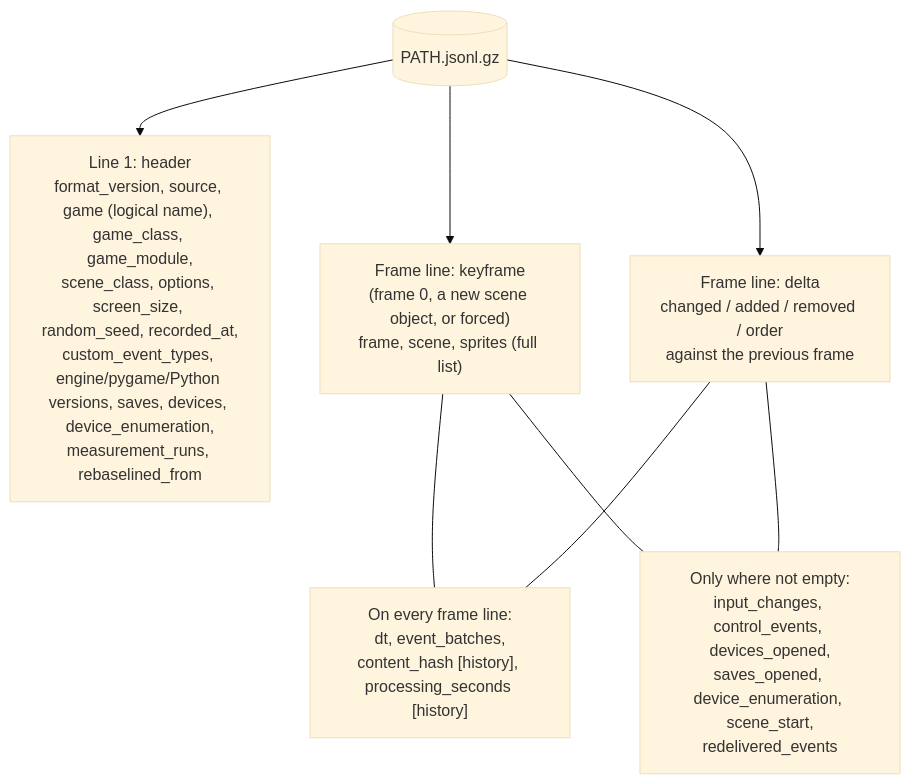
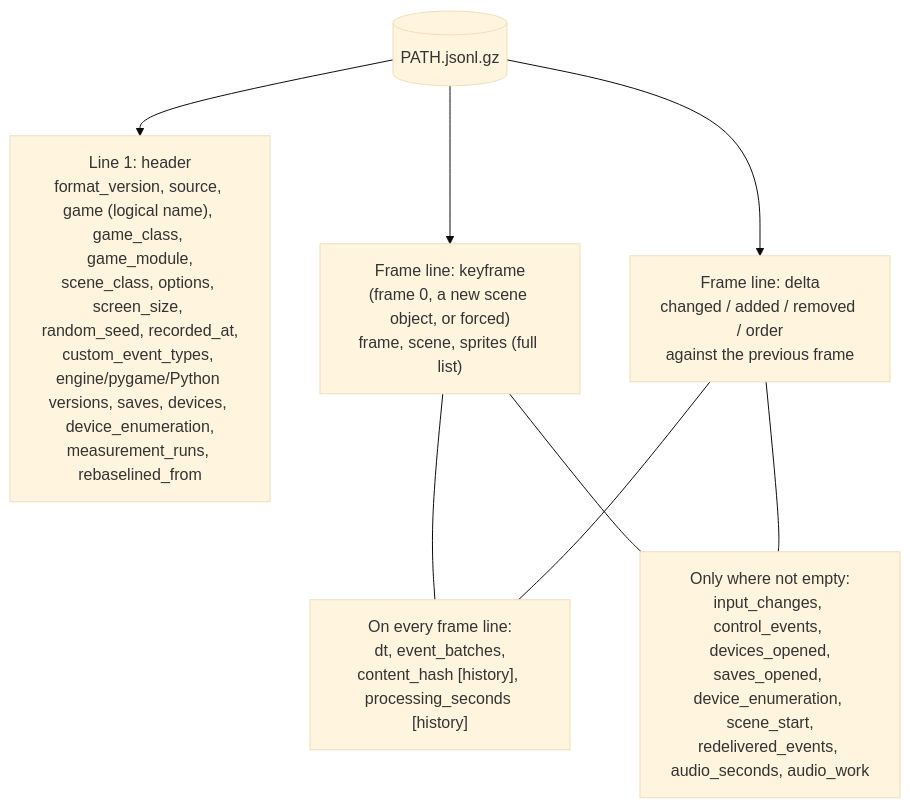
Before and after one commit to terrysimons/glitchygames: the first of 2 diagrams in docs/architecture/playback/recording-file.md, drawn with Mermaid (base theme). The commit also changed other lines of this file and 25 other files, not shown here.

````diff
--- a/docs/architecture/playback/recording-file.md
+++ b/docs/architecture/playback/recording-file.md
@@ -17,17 +17,17 @@
 ```mermaid
 flowchart TD
     file[("PATH.jsonl.gz")]
     header["Line 1: header<br/>format_version, source, game (logical name), game_class, game_module,<br/>scene_class, options, screen_size, random_seed, recorded_at,<br/>custom_event_types, engine/pygame/Python versions, saves, devices, device_enumeration,<br/>measurement_runs, rebaselined_from"]
     key["Frame line: keyframe<br/>(frame 0, a new scene object, or forced)<br/>frame, scene, sprites (full list)"]
     delta["Frame line: delta<br/>changed / added / removed / order<br/>against the previous frame"]
     always["On every frame line:<br/>dt, event_batches,<br/>content_hash [history], processing_seconds [history]"]
-    sometimes["Only where not empty:<br/>input_changes, control_events, devices_opened,<br/>saves_opened, device_enumeration, scene_start,<br/>redelivered_events"]
+    sometimes["Only where not empty:<br/>input_changes, control_events, devices_opened,<br/>saves_opened, device_enumeration, scene_start,<br/>redelivered_events, audio_seconds, audio_work"]
 
     file --> header
     file --> key
     file --> delta
     key --- always
     delta --- always
     key --- sometimes
     delta --- sometimes
 ```
````
